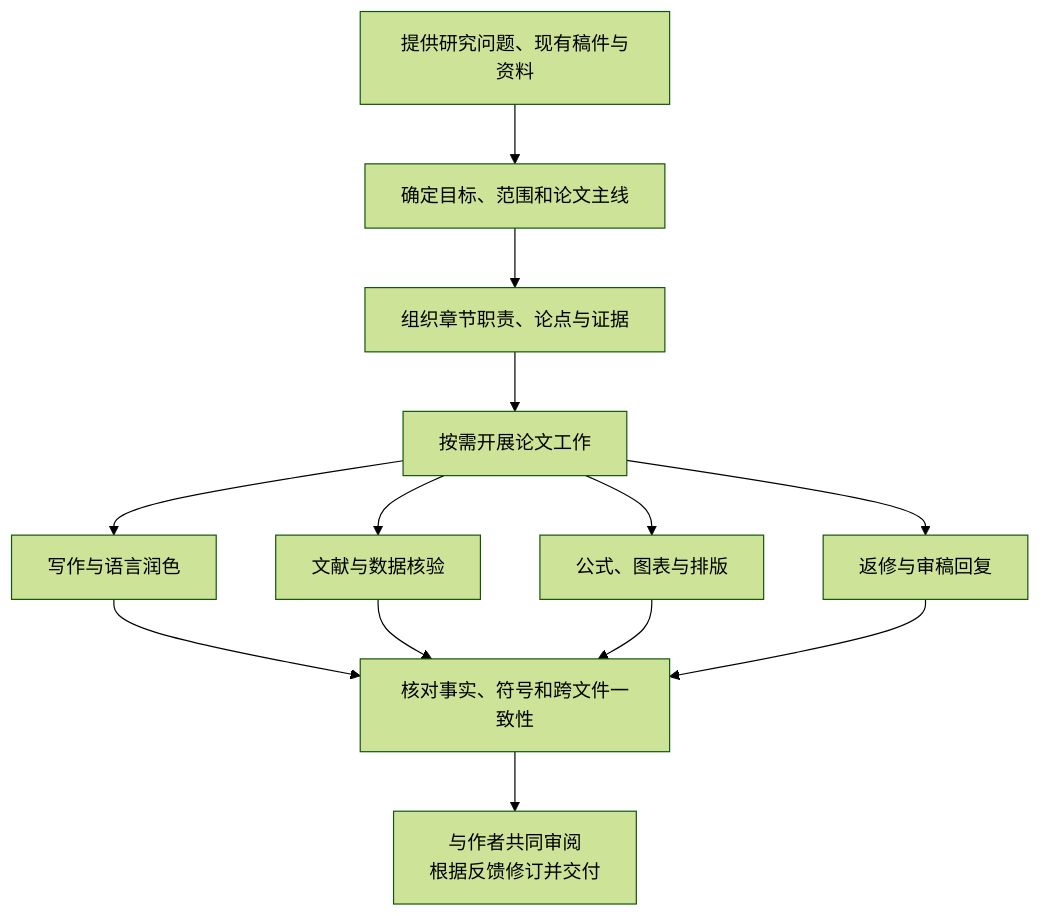
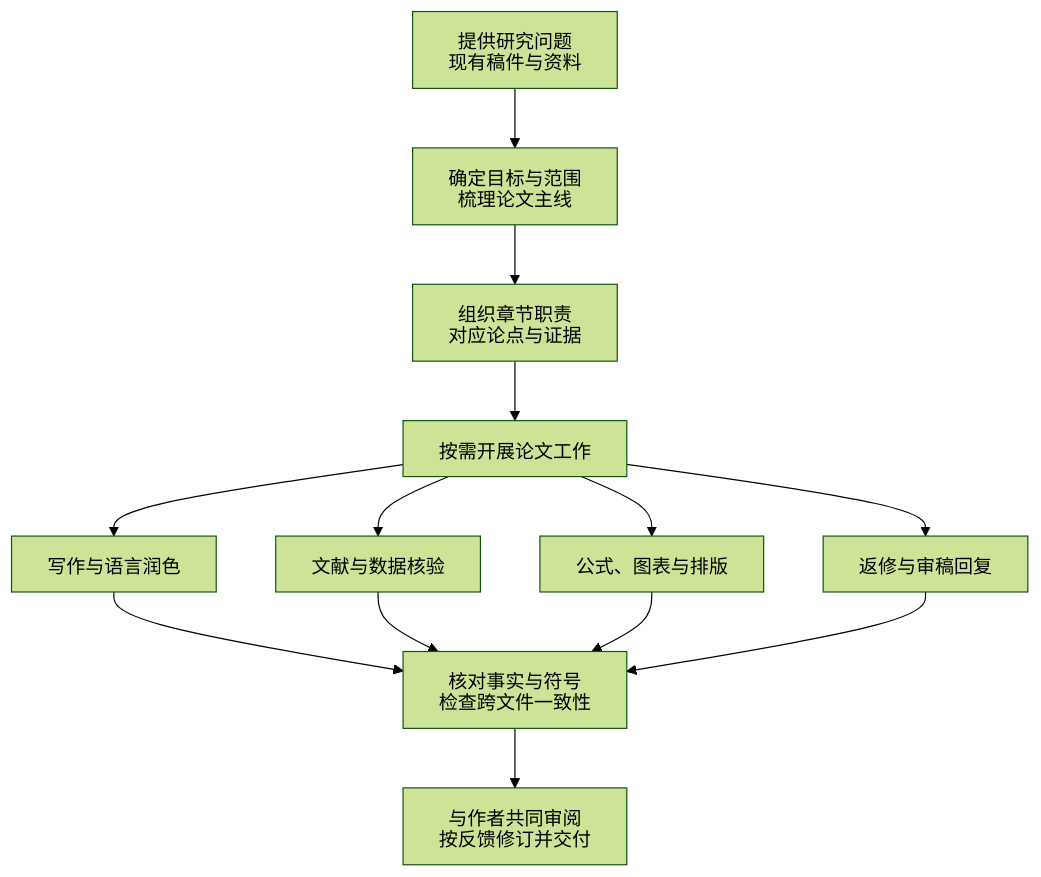
One commit to achnstu/Thesis-collaboration-framework changed the first of 2 diagrams in README.md. Above: the diagram before and after it, drawn with Mermaid (forest theme). The commit also changed other lines of this file, not shown here.

Commit message:
fix(readme): prevent clipped diagram labels
Split long workflow labels across lines and disable HTML labels in Mermaid diagrams. Verify both diagrams in a browser preview and inspect the label boundaries.

````diff
--- a/README.md
+++ b/README.md
@@ -50,15 +50,16 @@
 ```mermaid
+%%{init: {"htmlLabels": false}}%%
 flowchart TD
-    A["提供研究问题、现有稿件与资料"] --> B["确定目标、范围和论文主线"]
-    B --> C["组织章节职责、论点与证据"]
+    A["提供研究问题<br/>现有稿件与资料"] --> B["确定目标与范围<br/>梳理论文主线"]
+    B --> C["组织章节职责<br/>对应论点与证据"]
     C --> D["按需开展论文工作"]
     D --> E["写作与语言润色"]
     D --> F["文献与数据核验"]
     D --> G["公式、图表与排版"]
     D --> H["返修与审稿回复"]
-    E --> I["核对事实、符号和跨文件一致性"]
+    E --> I["核对事实与符号<br/>检查跨文件一致性"]
     F --> I
     G --> I
     H --> I
-    I --> J["与作者共同审阅<br/>根据反馈修订并交付"]
+    I --> J["与作者共同审阅<br/>按反馈修订并交付"]
 ```
````
